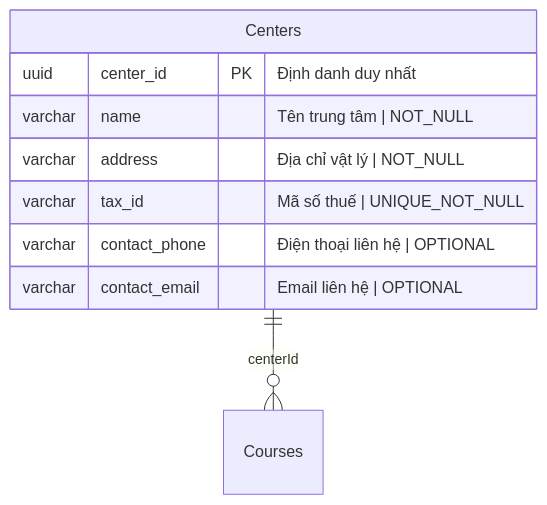
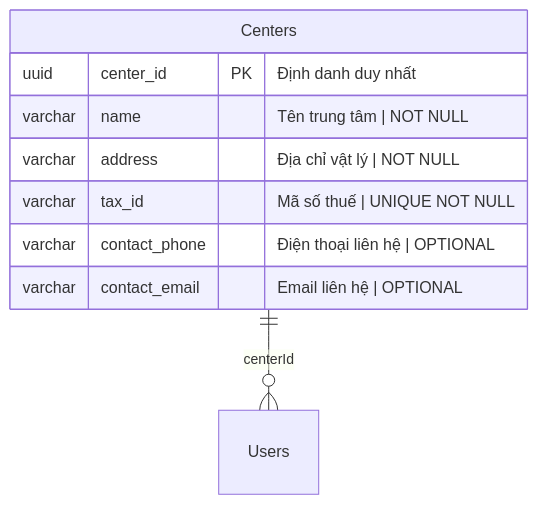
Before and after one commit to hainguyen81/enterprise-it-ai: the third of 12 diagrams in sources/storage/business-analysis/membership-hub/requirements.md, drawn with Mermaid. The commit also changed other lines of this file and 7 other files, not shown here.

````diff
--- a/sources/storage/business-analysis/membership-hub/requirements.md
+++ b/sources/storage/business-analysis/membership-hub/requirements.md
@@ -374,12 +432,12 @@
 ```mermaid
 erDiagram
     Centers {
         uuid center_id PK "Định danh duy nhất"
-        varchar name "Tên trung tâm | NOT_NULL"
-        varchar address "Địa chỉ vật lý | NOT_NULL"
-        varchar tax_id "Mã số thuế | UNIQUE_NOT_NULL"
+        varchar name "Tên trung tâm | NOT NULL"
+        varchar address "Địa chỉ vật lý | NOT NULL"
+        varchar tax_id "Mã số thuế | UNIQUE NOT NULL"
         varchar contact_phone "Điện thoại liên hệ | OPTIONAL"
         varchar contact_email "Email liên hệ | OPTIONAL"
     }
-    Centers ||--o{ Courses : "centerId"
+    Centers ||--o{ Users : "centerId"
 ```
````
